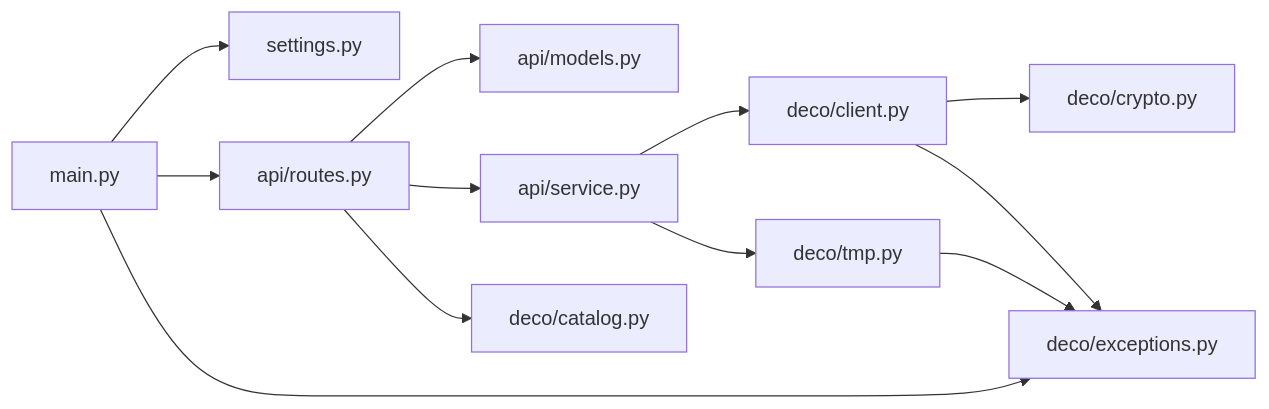
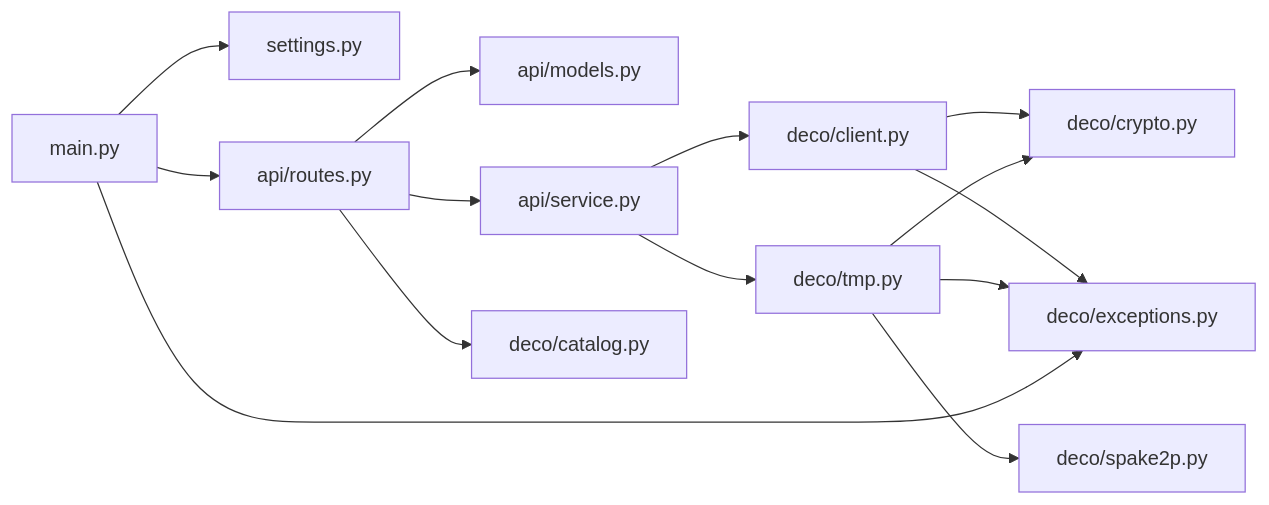
The third of 3 diagrams in README.md (msageha/tplink-deco-be85-api), drawn with Mermaid before and after one commit. The commit also changed other lines of this file and 17 other files, not shown here.

````diff
--- a/README.md
+++ b/README.md
@@ -670,14 +678,16 @@
 ```mermaid
 flowchart LR
     main[main.py] --> settings[settings.py]
     main --> routes[api/routes.py]
     routes --> models[api/models.py]
     routes --> service[api/service.py]
     service --> client[deco/client.py]
     service --> tmp[deco/tmp.py]
     routes --> catalog[deco/catalog.py]
     client --> crypto[deco/crypto.py]
     client --> exceptions[deco/exceptions.py]
+    tmp --> crypto
+    tmp --> spake2p[deco/spake2p.py]
     tmp --> exceptions
     main --> exceptions
 ```
````
